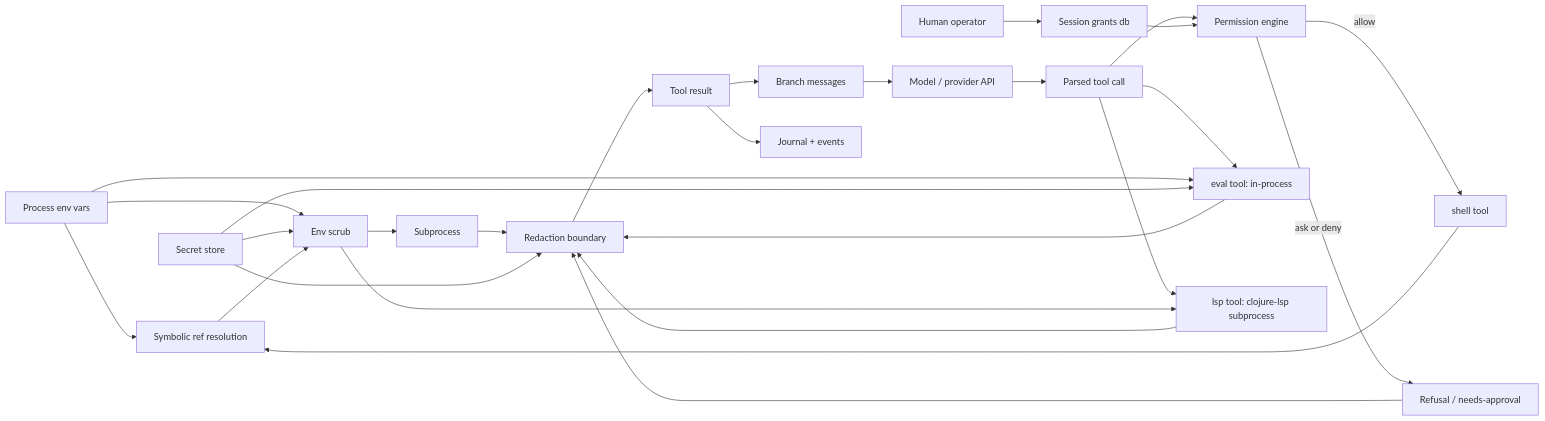
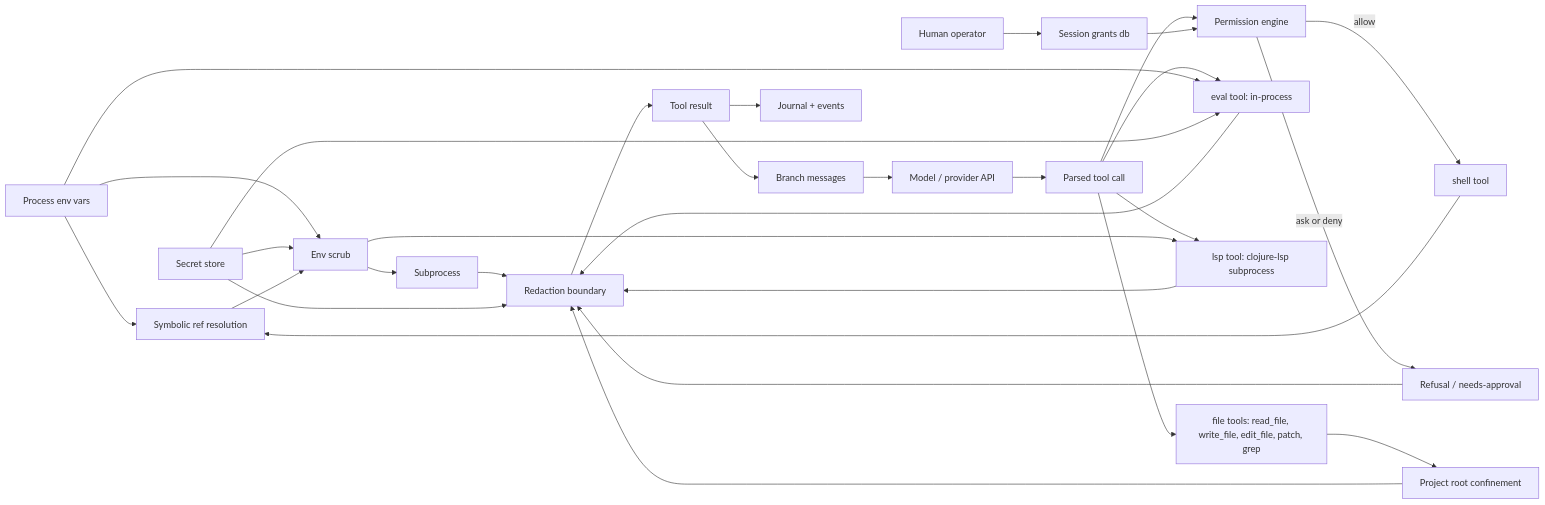
Before and after one commit to casselc/samizdat: the diagram in docs/RFCS/RFC-003-security-model.md, drawn with Mermaid. The commit also changed other lines of this file and 24 other files, not shown here.

````diff
--- a/docs/RFCS/RFC-003-security-model.md
+++ b/docs/RFCS/RFC-003-security-model.md
@@ -50,50 +50,56 @@
 ```mermaid
 flowchart LR
     env[Process env vars]
     secrets[Secret store]
     human[Human operator]
     model[Model / provider API]
     messages[Branch messages]
     journal[Journal + events]
     toolcall[Parsed tool call]
     perm[Permission engine]
     grants[Session grants db]
     refusal[Refusal / needs-approval]
     shell[shell tool]
     resolve[Symbolic ref resolution]
     scrub[Env scrub]
     sub[Subprocess]
     redact[Redaction boundary]
     result[Tool result]
     eval[eval tool: in-process]
 
     model --> toolcall
     toolcall --> perm
     grants --> perm
     human --> grants
     perm -->|allow| shell
     perm -->|ask or deny| refusal
     refusal --> redact
     shell --> resolve
     env --> resolve
     env --> scrub
     secrets --> scrub
     resolve --> scrub
     scrub --> sub
     sub --> redact
     secrets --> redact
     redact --> result
     result --> messages
     result --> journal
     messages --> model
 
     toolcall --> eval
     env --> eval
     secrets --> eval
     eval --> redact
 
     lsp[lsp tool: clojure-lsp subprocess]
     toolcall --> lsp
     scrub --> lsp
     lsp --> redact
+
+    files[file tools: read_file, write_file, edit_file, patch, grep]
+    root[Project root confinement]
+    toolcall --> files
+    files --> root
+    root --> redact
 ```
````
